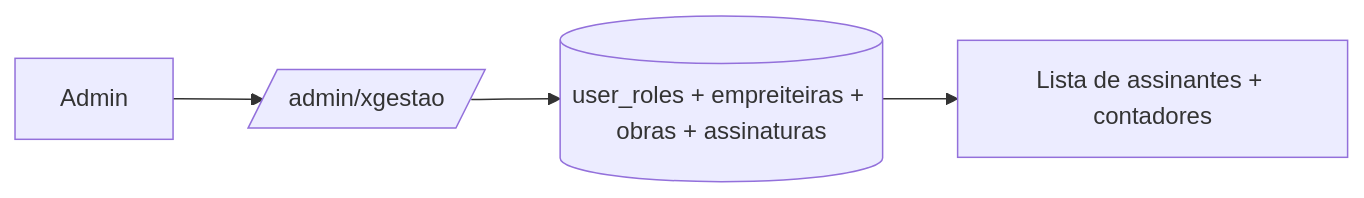
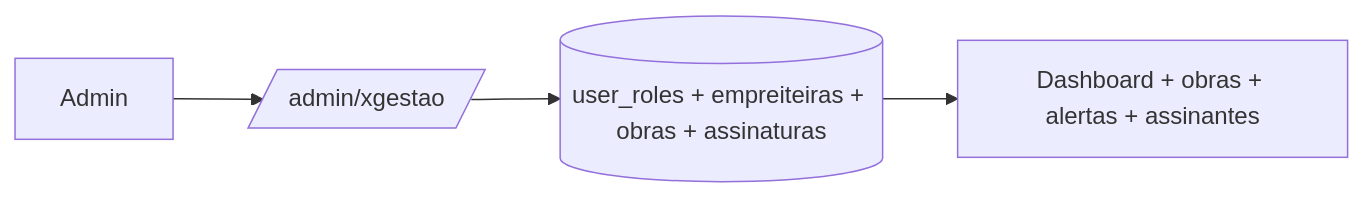
Before and after one commit to dinamicaengenhariamkt/xconstrucao-replit: the diagram in docs/jornadas-xgestao/06-admin-xgestao.md, drawn with Mermaid. The commit also changed other lines of this file and 10 other files, not shown here.

````diff
--- a/docs/jornadas-xgestao/06-admin-xgestao.md
+++ b/docs/jornadas-xgestao/06-admin-xgestao.md
@@ -18,6 +18,6 @@
 ```mermaid
 flowchart LR
   A[Admin] --> B[/admin/xgestao/]
   B --> C[(user_roles + empreiteiras + obras + assinaturas)]
-  C --> D[Lista de assinantes + contadores]
+  C --> D[Dashboard + obras + alertas + assinantes]
 ```
````
